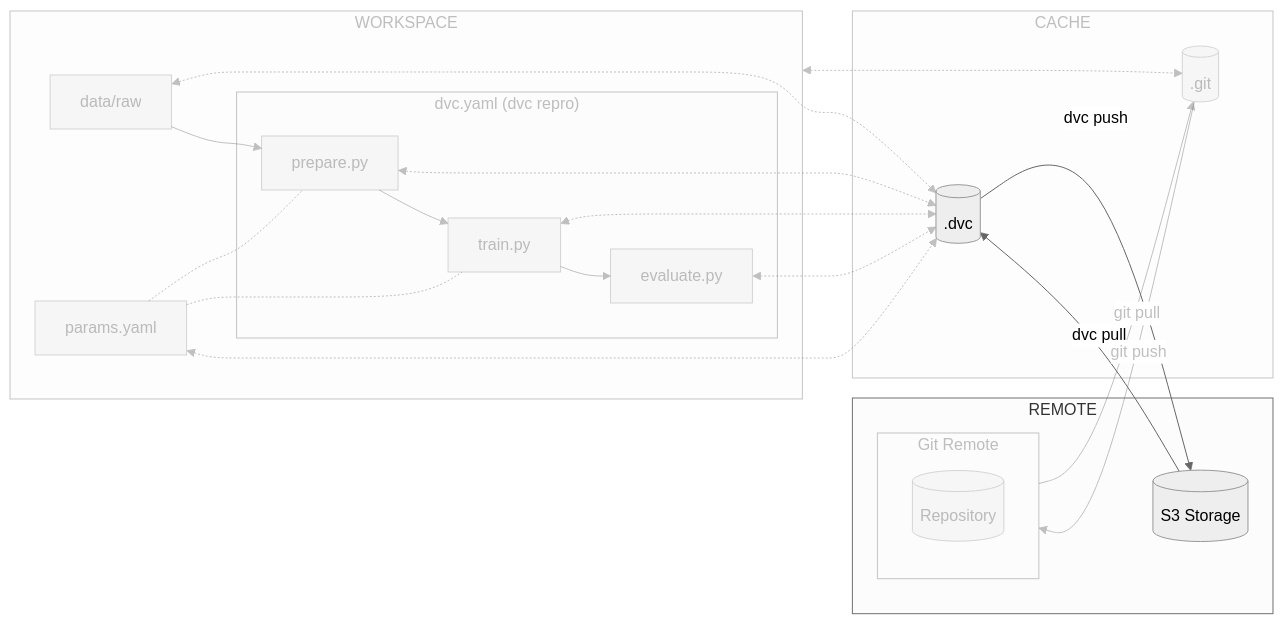
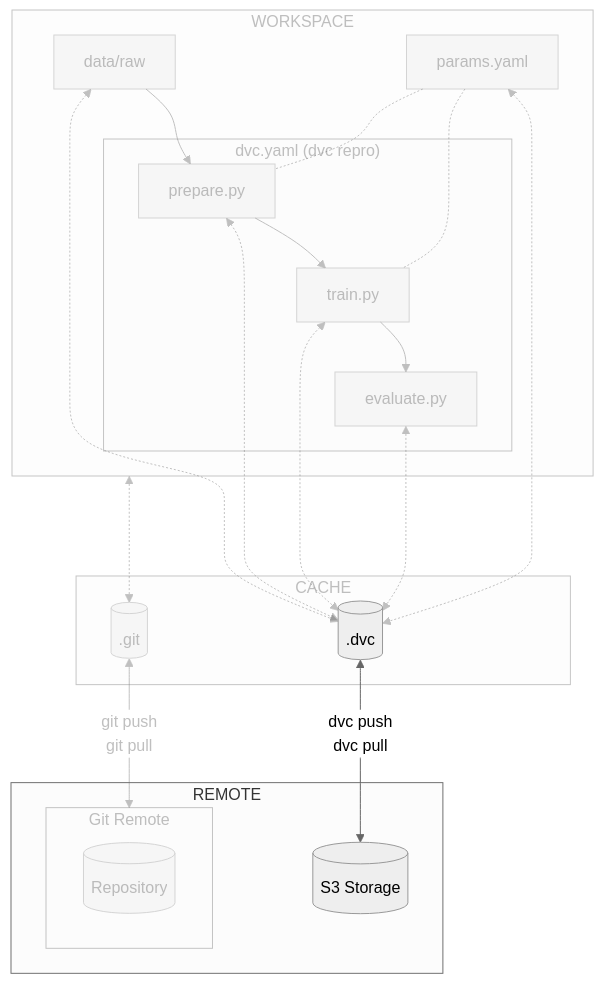
Before and after one commit to swiss-ai-center/a-guide-to-mlops: the diagram in docs/part-2-move-the-model-to-the-cloud/chapter-7-move-the-ml-experiment-data-to-the-cloud.md, drawn with Mermaid (neutral theme). The commit also changed other lines of this file and 21 other files, not shown here.

Commit message:
201 check broken images and mermaid graphs (#202)

````diff
--- a/docs/part-2-move-the-model-to-the-cloud/chapter-7-move-the-ml-experiment-data-to-the-cloud.md
+++ b/docs/part-2-move-the-model-to-the-cloud/chapter-7-move-the-ml-experiment-data-to-the-cloud.md
@@ -27,56 +27,55 @@
 ```mermaid
-flowchart LR
-    dot_dvc[(.dvc)] -->|dvc push| s3_storage[(S3 Storage)]
-    s3_storage -->|dvc pull| dot_dvc
-    dot_git[(.git)] -->|git push| gitGraph[Git Remote]
-    gitGraph -->|git pull| dot_git
+flowchart TB
+    dot_dvc[(.dvc)] <-->|dvc push
+                         dvc pull| s3_storage[(S3 Storage)]
+    dot_git[(.git)] <-->|git push
+                         git pull| gitGraph[Git Remote]
     workspaceGraph <-....-> dot_git
     data[data/raw] <-.-> dot_dvc
     subgraph remoteGraph[REMOTE]
     s3_storage
         subgraph gitGraph[Git Remote]
             repository[(Repository)]
         end
     end
     subgraph cacheGraph[CACHE]
         dot_dvc
         dot_git
     end
     subgraph workspaceGraph[WORKSPACE]
     prepare[prepare.py] <-.-> dot_dvc
     train[train.py] <-.-> dot_dvc
     evaluate[evaluate.py] <-.-> dot_dvc
     data --> prepare
     subgraph dvcGraph["dvc.yaml (dvc repro)"]
     prepare --> train
     train --> evaluate
     end
     params[params.yaml] -.- prepare
     params -.- train
     params <-.-> dot_dvc
     end
     style gitGraph opacity:0.4,color:#7f7f7f80
     style repository opacity:0.4,color:#7f7f7f80
     style workspaceGraph opacity:0.4,color:#7f7f7f80
     style dvcGraph opacity:0.4,color:#7f7f7f80
     style cacheGraph opacity:0.4,color:#7f7f7f80
     style dot_git opacity:0.4,color:#7f7f7f80
     style data opacity:0.4,color:#7f7f7f80
     style prepare opacity:0.4,color:#7f7f7f80
     style train opacity:0.4,color:#7f7f7f80
     style evaluate opacity:0.4,color:#7f7f7f80
     style params opacity:0.4,color:#7f7f7f80
+    linkStyle 1 opacity:0.4,color:#7f7f7f80
     linkStyle 2 opacity:0.4,color:#7f7f7f80
     linkStyle 3 opacity:0.4,color:#7f7f7f80
     linkStyle 4 opacity:0.4,color:#7f7f7f80
     linkStyle 5 opacity:0.4,color:#7f7f7f80
     linkStyle 6 opacity:0.4,color:#7f7f7f80
     linkStyle 7 opacity:0.4,color:#7f7f7f80
     linkStyle 8 opacity:0.4,color:#7f7f7f80
     linkStyle 9 opacity:0.4,color:#7f7f7f80
     linkStyle 10 opacity:0.4,color:#7f7f7f80
     linkStyle 11 opacity:0.4,color:#7f7f7f80
     linkStyle 12 opacity:0.4,color:#7f7f7f80
-    linkStyle 13 opacity:0.4,color:#7f7f7f80
-    linkStyle 14 opacity:0.4,color:#7f7f7f80
 ```
````
